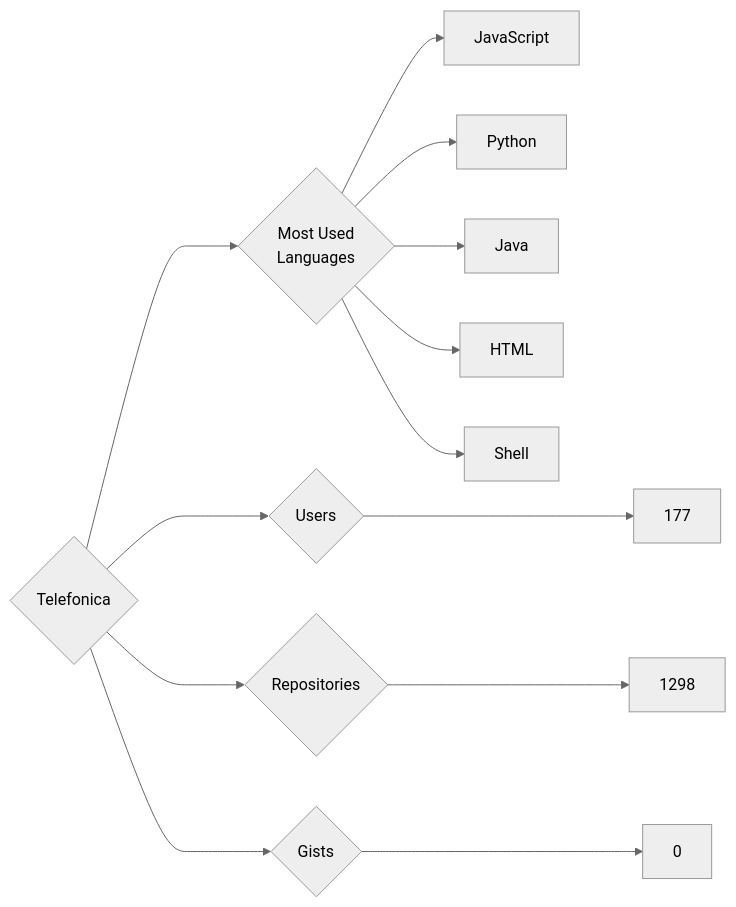
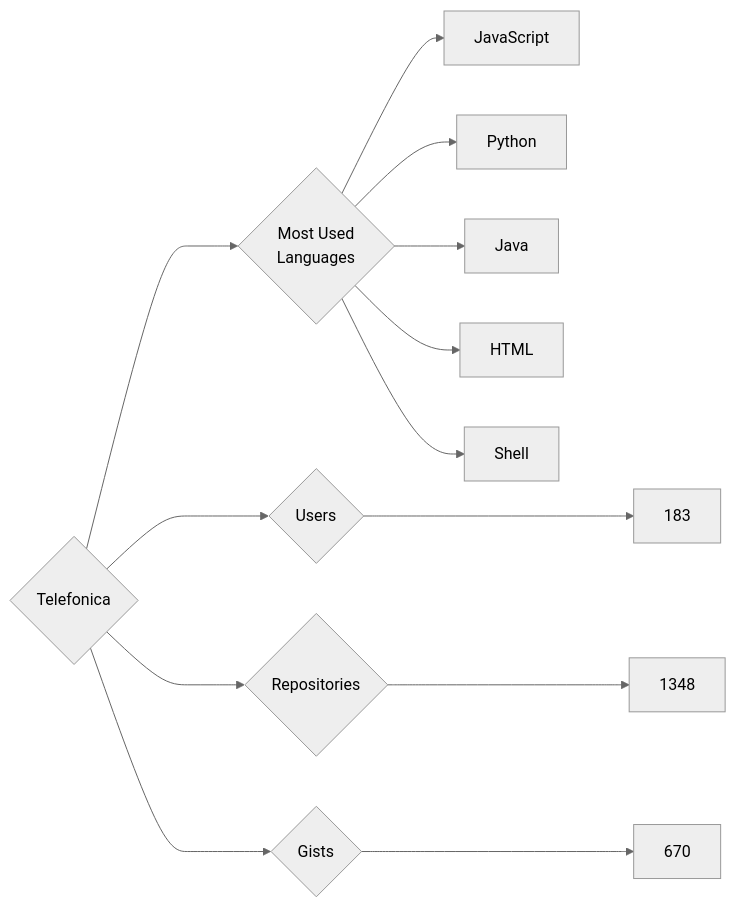
Before and after one commit to trickest/insiders: the diagram in targets/Telefonica/README.md, drawn with Mermaid (neutral theme). The commit also changed 997 other files, not shown here.

````diff
--- a/targets/Telefonica/README.md
+++ b/targets/Telefonica/README.md
@@ -3,13 +3,13 @@
 ```mermaid
 graph LR
 COMPANY_NAME{Telefonica}
-COMPANY_NAME ---> U{Users} ---> UN[177]
-COMPANY_NAME ---> R{Repositories} ---> RN[1298]
-COMPANY_NAME ---> G{Gists} ---> GN[0]
+COMPANY_NAME ---> U{Users} ---> UN[183]
+COMPANY_NAME ---> R{Repositories} ---> RN[1348]
+COMPANY_NAME ---> G{Gists} ---> GN[670]
 COMPANY_NAME ---> ML{Most Used<br>Languages}
-ML --> JavaScript
-ML --> Python
-ML --> Java
-ML --> HTML
-ML --> Shell
+ML --> JavaScript[JavaScript]
+ML --> Python[Python]
+ML --> Java[Java]
+ML --> HTML[HTML]
+ML --> Shell[Shell]
 ```
````
